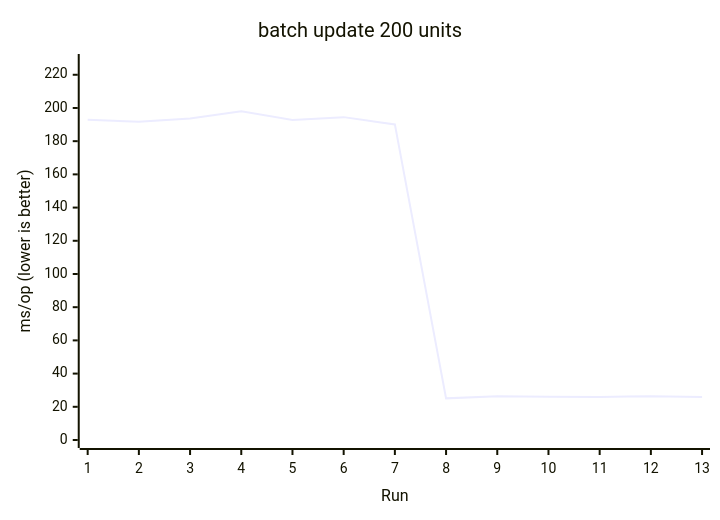
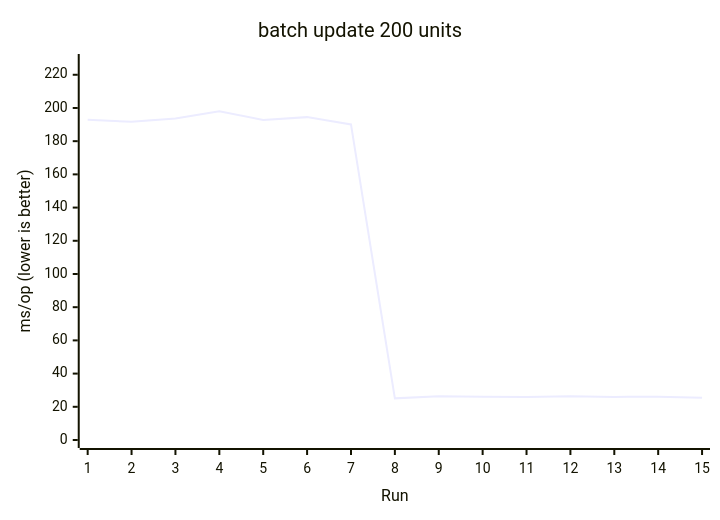
Before and after one commit to AIluffy/io: the ninth of 17 diagrams in apps/docs/src/content/docs/en/guides/benchmark.mdx, drawn with Mermaid. The commit also changed other lines of this file and 7 other files, not shown here.

````diff
--- a/apps/docs/src/content/docs/en/guides/benchmark.mdx
+++ b/apps/docs/src/content/docs/en/guides/benchmark.mdx
@@ -297,7 +299,7 @@
 ```mermaid
 xychart-beta
   title "batch update 200 units"
-  x-axis "Run" [1, 2, 3, 4, 5, 6, 7, 8, 9, 10, 11, 12, 13]
+  x-axis "Run" [1, 2, 3, 4, 5, 6, 7, 8, 9, 10, 11, 12, 13, 14, 15]
   y-axis "ms/op (lower is better)" 0 --> 227.6906
-  line [192.8785, 191.6709, 193.7211, 197.9918, 192.8213, 194.4828, 190.106, 25.0751, 26.4239, 26.0522, 25.9361, 26.3187, 25.9458]
+  line [192.8785, 191.6709, 193.7211, 197.9918, 192.8213, 194.4828, 190.106, 25.0751, 26.4239, 26.0522, 25.9361, 26.3187, 25.9458, 26.0771, 25.4667]
 ```
````
